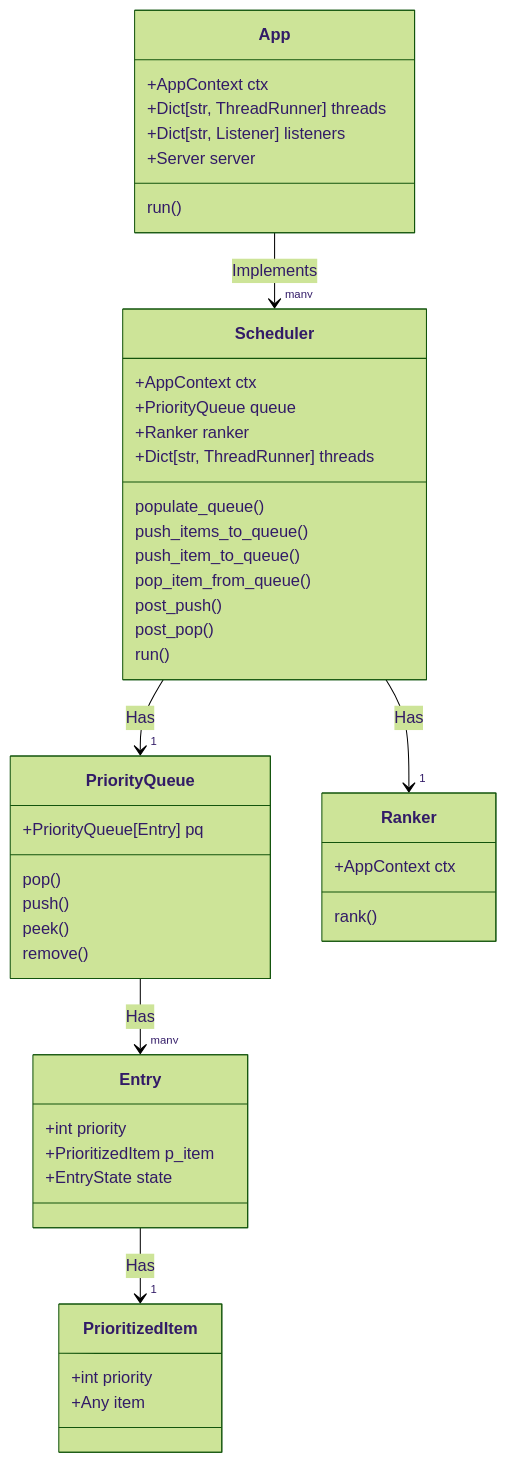
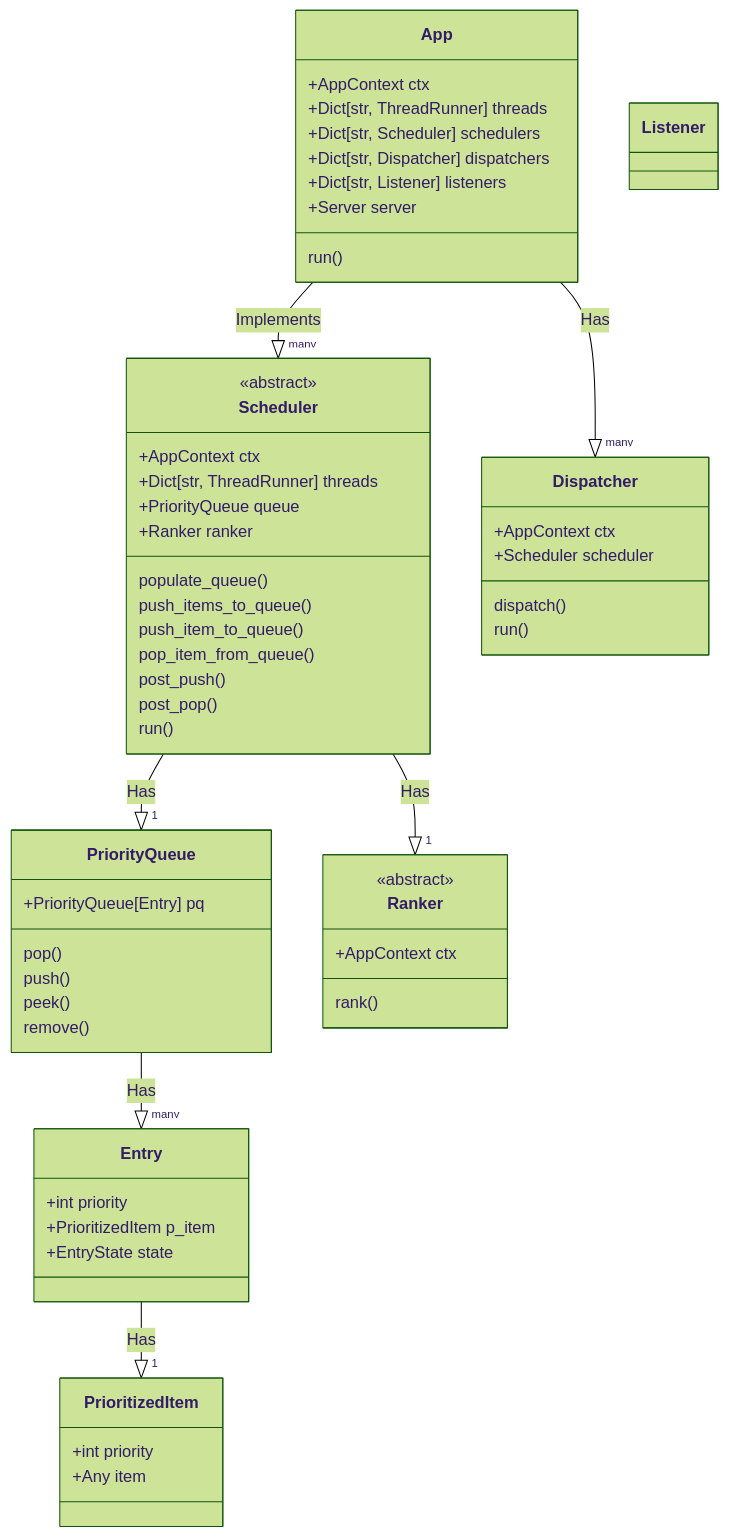
Before and after one commit to minvws/nl-kat-mula: the third of 3 diagrams in docs/design.md, drawn with Mermaid (forest theme). The commit also changed other lines of this file, not shown here.

````diff
--- a/docs/design.md
+++ b/docs/design.md
@@ -225,58 +194,75 @@
 ```mermaid
 classDiagram
 
     class App {
         +AppContext ctx
         +Dict[str, ThreadRunner] threads
+        +Dict[str, Scheduler] schedulers
+        +Dict[str, Dispatcher] dispatchers
         +Dict[str, Listener] listeners
         +Server server
         run()
     }
 
     class Scheduler {
+        <<abstract>>
         +AppContext ctx
+        +Dict[str, ThreadRunner] threads        
         +PriorityQueue queue
         +Ranker ranker
-        +Dict[str, ThreadRunner] threads        
         populate_queue()
         push_items_to_queue()
         push_item_to_queue()
         pop_item_from_queue()
         post_push()
         post_pop()
         run()
     }
 
     class PriorityQueue{
         +PriorityQueue[Entry] pq
         pop()
         push()
         peek()
         remove()
     }
 
     class Entry {
         +int priority
         +PrioritizedItem p_item
         +EntryState state
     }
 
     class PrioritizedItem {
         +int priority
         +Any item
     }
 
     class Ranker {
+        <<abstract>>
         +AppContext ctx
         rank()
     }
 
-    App --> "many" Scheduler : Implements
+    class Dispatcher {
+        +AppContext ctx
+        +Scheduler scheduler
+        dispatch()
+        run()
+    }
 
-    Scheduler --> "1" PriorityQueue : Has
-    Scheduler --> "1" Ranker : Has
+    class Listener {
 
-    PriorityQueue --> "many" Entry : Has
 
-    Entry --> "1" PrioritizedItem : Has
+    }
+
+    App --|> "many" Scheduler : Implements
+    App --|> "many" Dispatcher : Has
+
+    Scheduler --|> "1" PriorityQueue : Has
+    Scheduler --|> "1" Ranker : Has
+
+    PriorityQueue --|> "many" Entry : Has
+
+    Entry --|> "1" PrioritizedItem : Has
 ```
````
